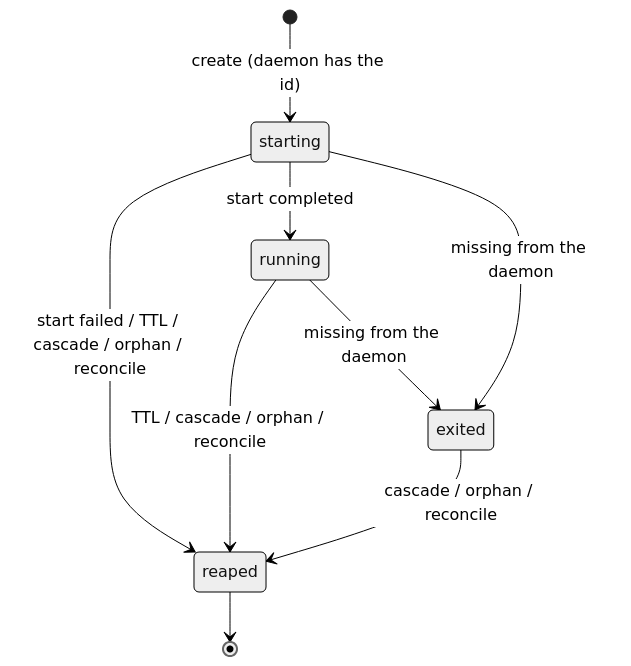
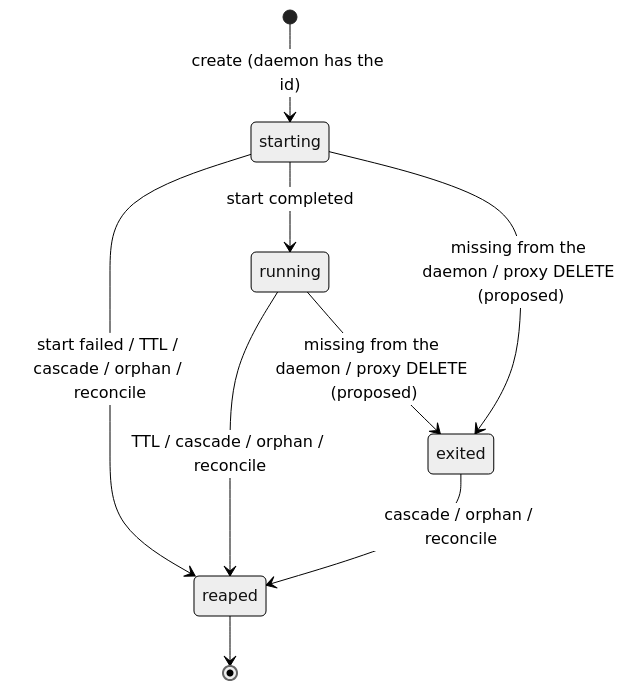
The first of 2 diagrams in design/sandbox.md (iskhakovt/cogmo), drawn with Mermaid (neutral theme) before and after one commit. The commit also changed other lines of this file and 2 other files, not shown here.

First line of the commit message:
docs(sandbox): specify the docker api proxy authorization boundary (#730)

````diff
--- a/design/sandbox.md
+++ b/design/sandbox.md
@@ -428,11 +629,11 @@
 ```mermaid
 stateDiagram-v2
   [*] --> starting: create (daemon has the id)
   starting --> running: start completed
   starting --> reaped: start failed / TTL / cascade / orphan / reconcile
   running --> reaped: TTL / cascade / orphan / reconcile
-  running --> exited: missing from the daemon
-  starting --> exited: missing from the daemon
+  running --> exited: missing from the daemon / proxy DELETE (proposed)
+  starting --> exited: missing from the daemon / proxy DELETE (proposed)
   exited --> reaped: cascade / orphan / reconcile
   reaped --> [*]
 ```
````
